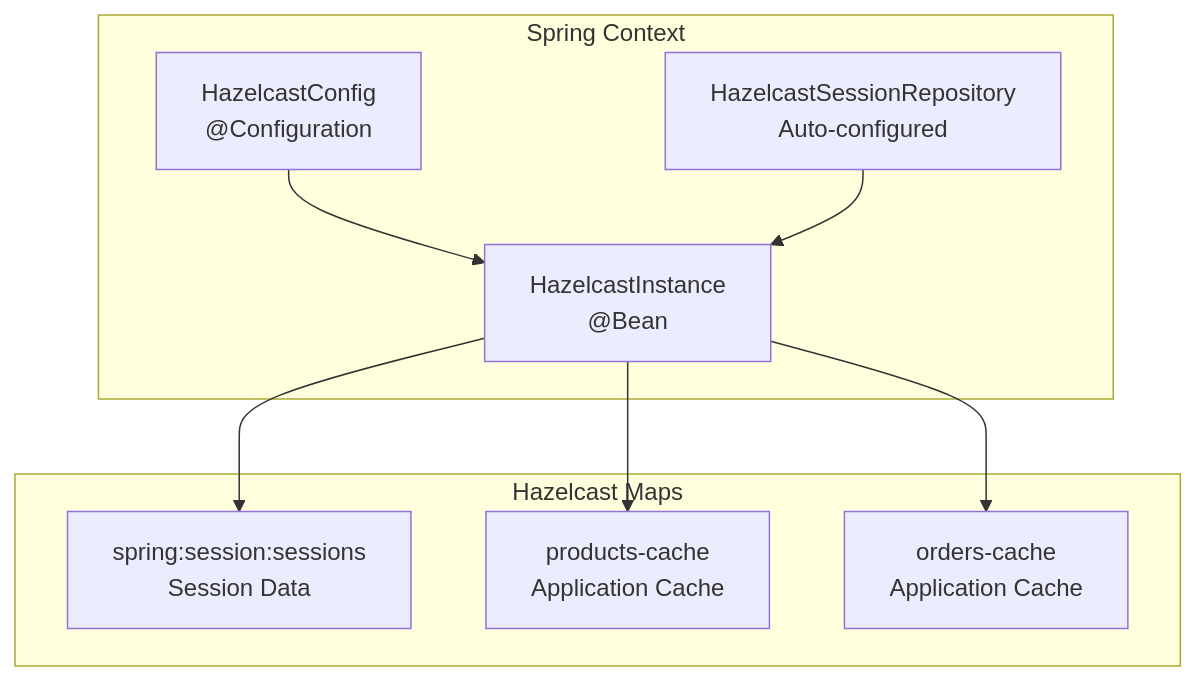
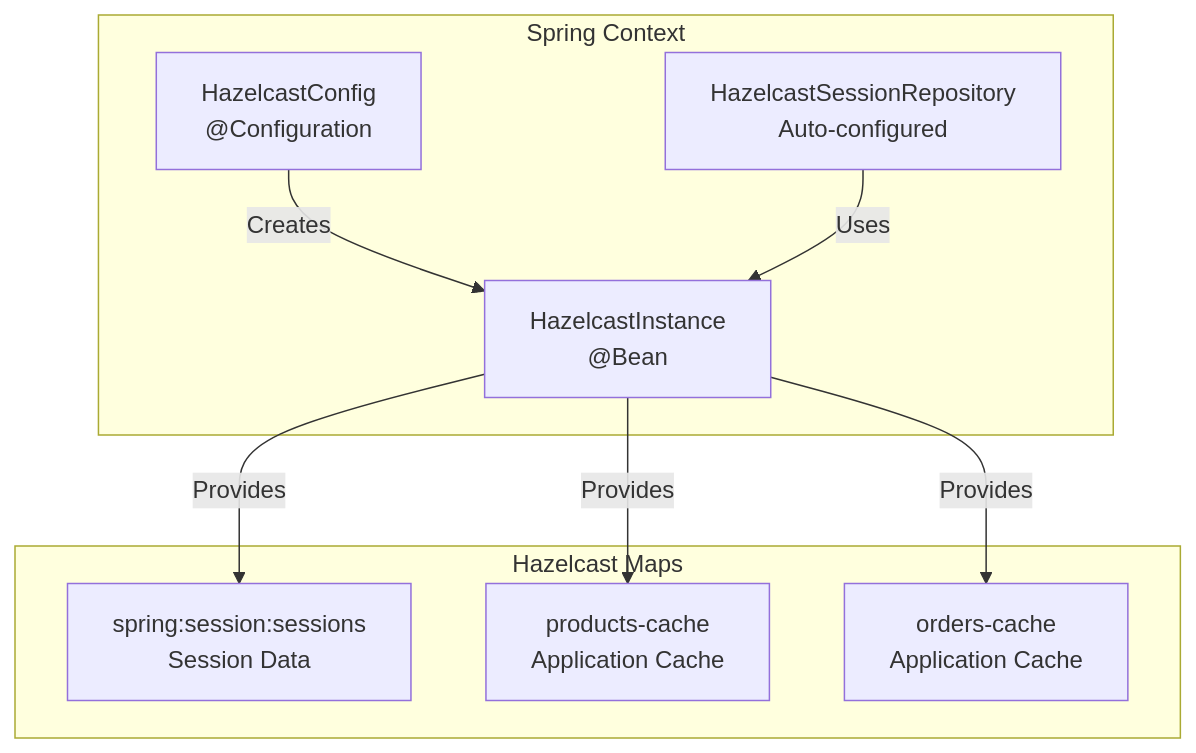
Before and after one commit to philipz/spring-modular-monolith: the third of 7 diagrams in docs/deepwiki/Session-Management-with-Hazelcast.md, drawn with Mermaid. The commit also changed other lines of this file and 55 other files, not shown here.

````diff
--- a/docs/deepwiki/Session-Management-with-Hazelcast.md
+++ b/docs/deepwiki/Session-Management-with-Hazelcast.md
@@ -178,28 +178,28 @@
 ```mermaid
 flowchart TD
 
 HZConfig["HazelcastConfig<br>@Configuration"]
 HZInstance["HazelcastInstance<br>@Bean"]
 SessionRepo["HazelcastSessionRepository<br>Auto-configured"]
 SessionMap["spring:session:sessions<br>Session Data"]
 ProductCache["products-cache<br>Application Cache"]
 OrderCache["orders-cache<br>Application Cache"]
 
-HZInstance --> SessionMap
-HZInstance --> ProductCache
-HZInstance --> OrderCache
+HZInstance -->|"Provides"| SessionMap
+HZInstance -->|"Provides"| ProductCache
+HZInstance -->|"Provides"| OrderCache
 
 subgraph subGraph1 ["Hazelcast Maps"]
     SessionMap
     ProductCache
     OrderCache
 end
 
 subgraph subGraph0 ["Spring Context"]
     HZConfig
     HZInstance
     SessionRepo
-    HZConfig --> HZInstance
-    SessionRepo --> HZInstance
+    HZConfig -->|"Creates"| HZInstance
+    SessionRepo -->|"Uses"| HZInstance
 end
 ```
````
